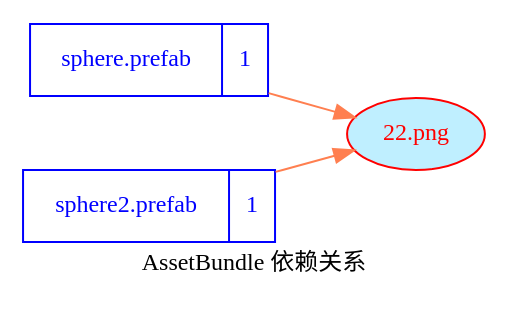
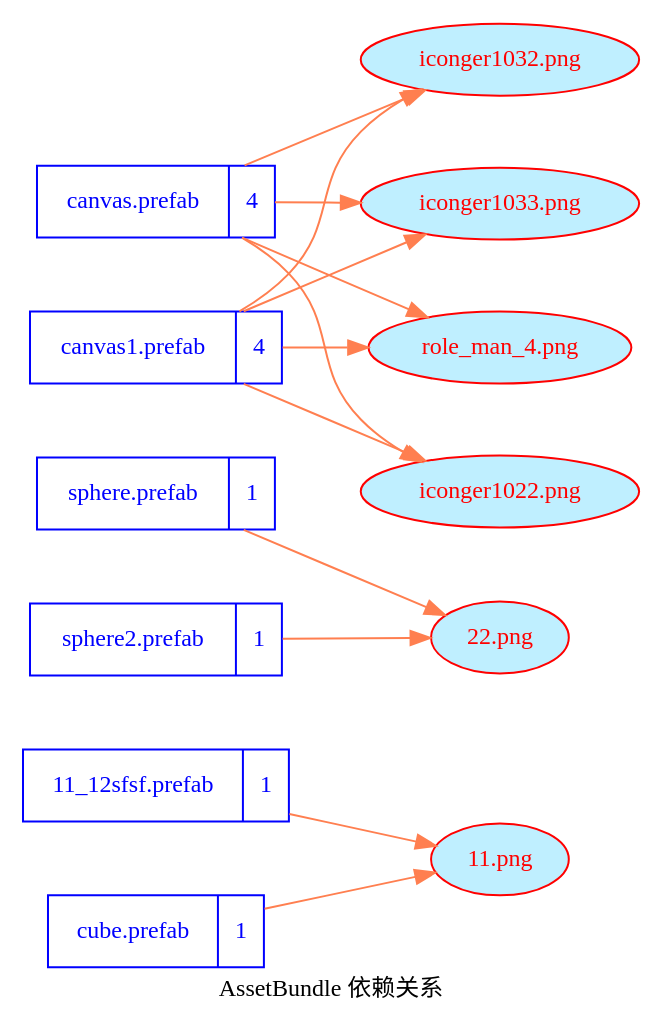
Before and after one commit to songtm/ABSystem: the diagram in Assets/StreamingAssets/AssetBundles/00dep.dot, drawn with Graphviz. The commit also changed 24 other files, not shown here.

```diff
--- a/Assets/StreamingAssets/AssetBundles/00dep.dot
+++ b/Assets/StreamingAssets/AssetBundles/00dep.dot
@@ -1,17 +1,45 @@
 digraph dep {
     fontname = "Microsoft YaHei";
     label = "AssetBundle 依赖关系"
     nodesep=0.5
     rankdir = "LR"
     fontsize = 12;
     node [ fontname = "Microsoft YaHei", fontsize = 12, shape = "record" color="skyblue"];
     edge [ fontname = "Microsoft YaHei", fontsize = 12 , color="coral"];
+	"11_12sfsf.prefab" [color="blue", fontcolor="blue", label="{<f0> 11_12sfsf.prefab |<f1> 1 }"]
+	"cube.prefab" [color="blue", fontcolor="blue", label="{<f0> cube.prefab |<f1> 1 }"]
 	"sphere.prefab" [color="blue", fontcolor="blue", label="{<f0> sphere.prefab |<f1> 1 }"]
 	"sphere2.prefab" [color="blue", fontcolor="blue", label="{<f0> sphere2.prefab |<f1> 1 }"]
+	"canvas.prefab" [color="blue", fontcolor="blue", label="{<f0> canvas.prefab |<f1> 4 }"]
+	"canvas1.prefab" [color="blue", fontcolor="blue", label="{<f0> canvas1.prefab |<f1> 4 }"]
+	"11.png" [color="red", fontcolor="red", shape="ellipse", fillcolor="lightblue1", style="filled"]
 	"22.png" [color="red", fontcolor="red", shape="ellipse", fillcolor="lightblue1", style="filled"]
+	"role_man_4.png" [color="red", fontcolor="red", shape="ellipse", fillcolor="lightblue1", style="filled"]
+	"iconger1022.png" [color="red", fontcolor="red", shape="ellipse", fillcolor="lightblue1", style="filled"]
+	"iconger1032.png" [color="red", fontcolor="red", shape="ellipse", fillcolor="lightblue1", style="filled"]
+	"iconger1033.png" [color="red", fontcolor="red", shape="ellipse", fillcolor="lightblue1", style="filled"]
+	"11_12sfsf.prefab"->"11.png"
+
+	"cube.prefab"->"11.png"
+
 	"sphere.prefab"->"22.png"
 
 	"sphere2.prefab"->"22.png"
 
+	"canvas.prefab"->"role_man_4.png"
+	"canvas.prefab"->"iconger1022.png"
+	"canvas.prefab"->"iconger1032.png"
+	"canvas.prefab"->"iconger1033.png"
+
+	"canvas1.prefab"->"role_man_4.png"
+	"canvas1.prefab"->"iconger1022.png"
+	"canvas1.prefab"->"iconger1032.png"
+	"canvas1.prefab"->"iconger1033.png"
+
+
+
+
+
+
 
 }
```
